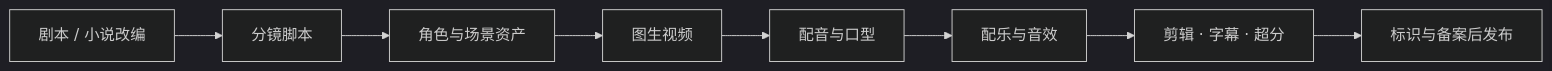
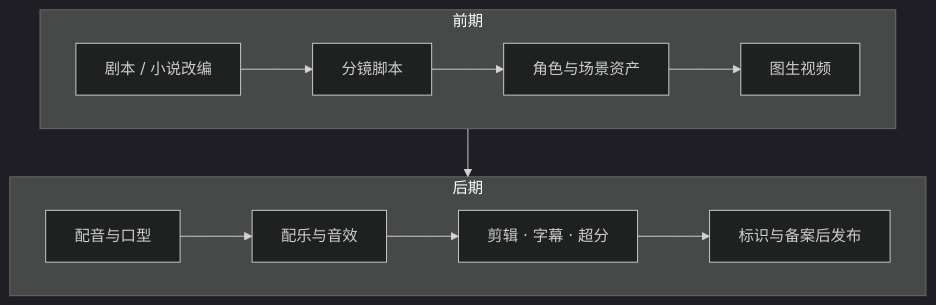
One commit to DU8866-nice/awesome-ai-drama changed the diagram in README.md. Above: the diagram before and after it, drawn with Mermaid (dark theme). The commit also changed 2 other files, not shown here.

Commit message:
Lay out the pipeline diagram in two rows

````diff
--- a/README.md
+++ b/README.md
@@ -15,10 +15,12 @@
 ```mermaid
-flowchart LR
-  A[剧本 / 小说改编] --> B[分镜脚本]
-  B --> C[角色与场景资产]
-  C --> D[图生视频]
-  D --> E[配音与口型]
-  E --> F[配乐与音效]
-  F --> G[剪辑 · 字幕 · 超分]
-  G --> H[标识与备案后发布]
+flowchart TB
+  subgraph P1 [前期]
+    direction LR
+    A[剧本 / 小说改编] --> B[分镜脚本] --> C[角色与场景资产] --> D[图生视频]
+  end
+  subgraph P2 [后期]
+    direction LR
+    E[配音与口型] --> F[配乐与音效] --> G[剪辑 · 字幕 · 超分] --> H[标识与备案后发布]
+  end
+  P1 --> P2
 ```
````
